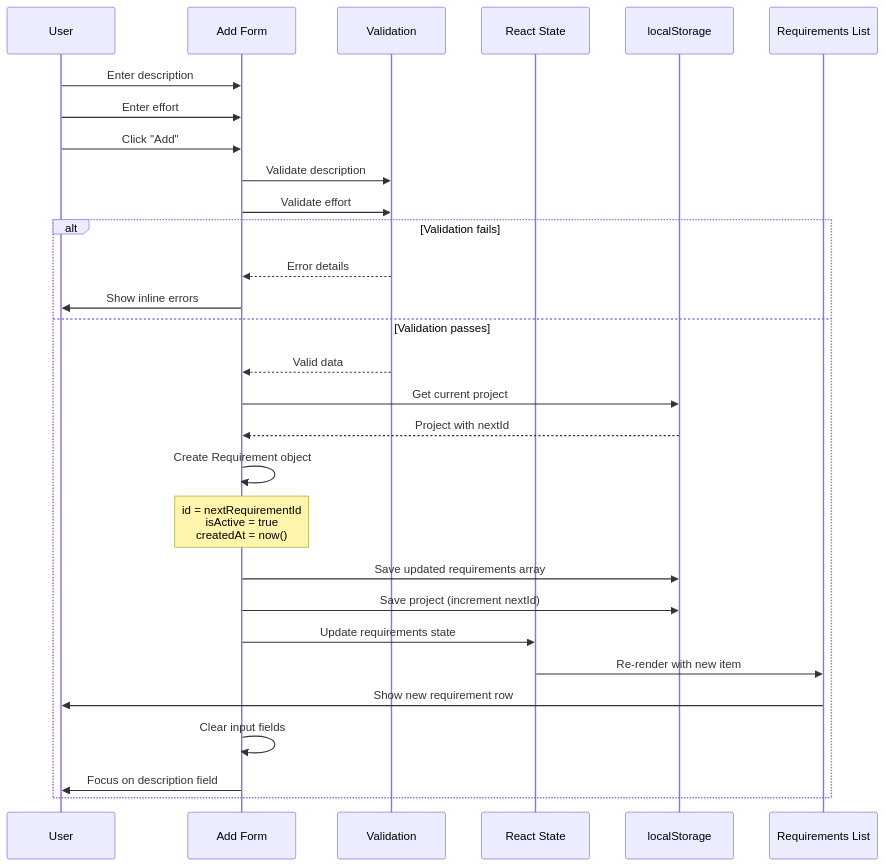
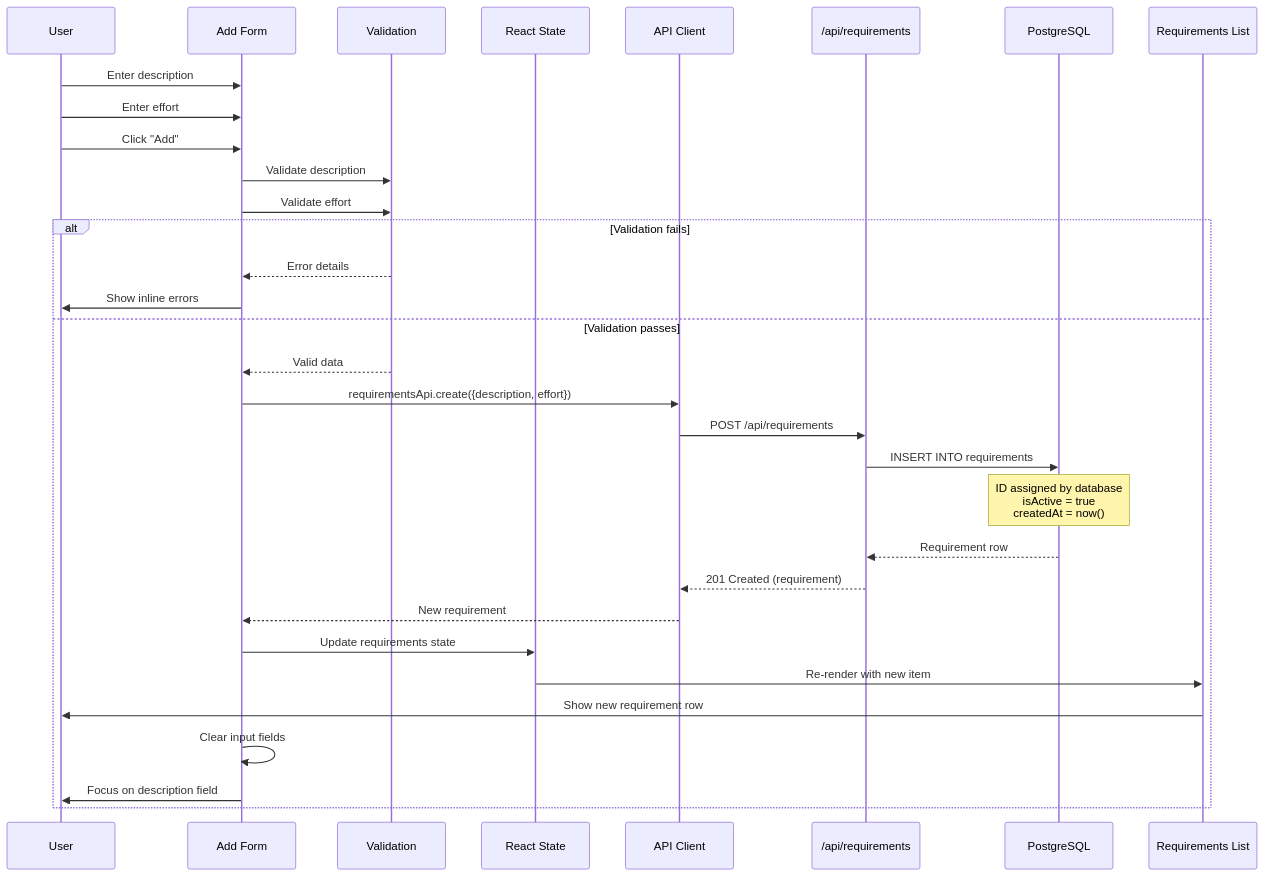
The third of 14 diagrams in docs/technical-spec.md (FirstRe/AIFIRST), drawn with Mermaid before and after one commit. The commit also changed other lines of this file and 36 other files, not shown here.

````diff
--- a/docs/technical-spec.md
+++ b/docs/technical-spec.md
@@ -552,38 +879,39 @@
 ```mermaid
 sequenceDiagram
     participant User as User
     participant Form as Add Form
     participant Validator as Validation
     participant State as React State
-    participant Storage as localStorage
+    participant API as API Client
+    participant Backend as /api/requirements
+    participant DB as PostgreSQL
     participant List as Requirements List
 
     User->>Form: Enter description
     User->>Form: Enter effort
     User->>Form: Click "Add"
 
     Form->>Validator: Validate description
     Form->>Validator: Validate effort
 
     alt Validation fails
         Validator-->>Form: Error details
         Form->>User: Show inline errors
     else Validation passes
         Validator-->>Form: Valid data
-        Form->>Storage: Get current project
-        Storage-->>Form: Project with nextId
-
-        Form->>Form: Create Requirement object
-        Note over Form: id = nextRequirementId<br/>isActive = true<br/>createdAt = now()
-
-        Form->>Storage: Save updated requirements array
-        Form->>Storage: Save project (increment nextId)
+        Form->>API: requirementsApi.create({description, effort})
+        API->>Backend: POST /api/requirements
+        Backend->>DB: INSERT INTO requirements
+        Note over DB: ID assigned by database<br/>isActive = true<br/>createdAt = now()
+        DB-->>Backend: Requirement row
+        Backend-->>API: 201 Created (requirement)
+        API-->>Form: New requirement
 
         Form->>State: Update requirements state
         State->>List: Re-render with new item
         List->>User: Show new requirement row
 
         Form->>Form: Clear input fields
         Form->>User: Focus on description field
     end
 ```
````
